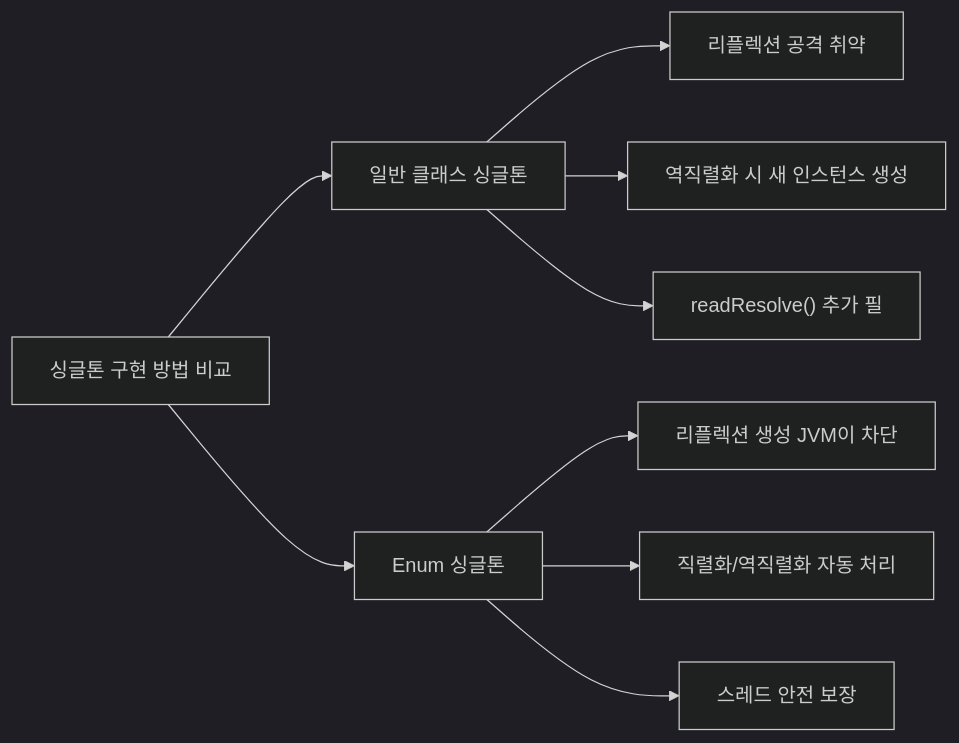
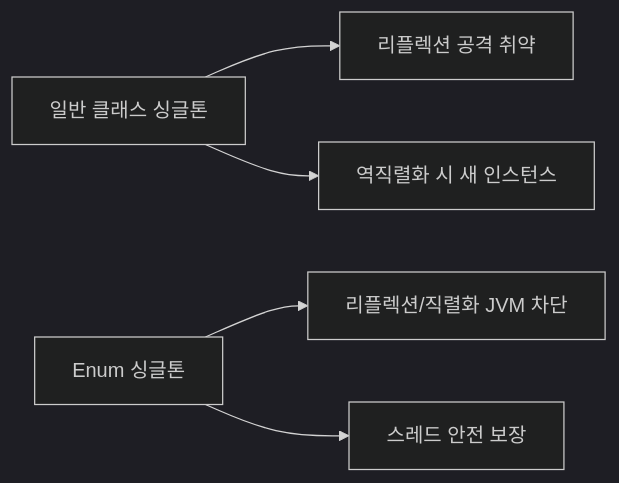
The third of 4 diagrams in _posts/java/2026-05-01-java-enum.md (yjkim2015/yjkim2015.github.io), drawn with Mermaid (dark theme) before and after one commit. The commit also changed 163 other files, not shown here.

First line of the commit message:
Mermaid 300개 블록 내용 축소: 5노드 5엣지 이하, 의미 있는 약어

````diff
--- a/_posts/java/2026-05-01-java-enum.md
+++ b/_posts/java/2026-05-01-java-enum.md
@@ -557,11 +557,7 @@
 ```mermaid
 graph LR
-    A["싱글톤 구현 방법 비교"] --> B["일반 클래스 싱글톤"]
-    A --> C["Enum 싱글톤"]
-    B --> D["리플렉션 공격 취약"]
-    B --> E["역직렬화 시 새 인스턴스 생성"]
-    B --> F["readResolve() 추가 필"]
-    C --> G["리플렉션 생성 JVM이 차단"]
-    C --> H["직렬화/역직렬화 자동 처리"]
-    C --> I["스레드 안전 보장"]
+    A["일반 클래스 싱글톤"] --> B["리플렉션 공격 취약"]
+    A --> C["역직렬화 시 새 인스턴스"]
+    D["Enum 싱글톤"] --> E["리플렉션/직렬화 JVM 차단"]
+    D --> F["스레드 안전 보장"]
 ```
````
